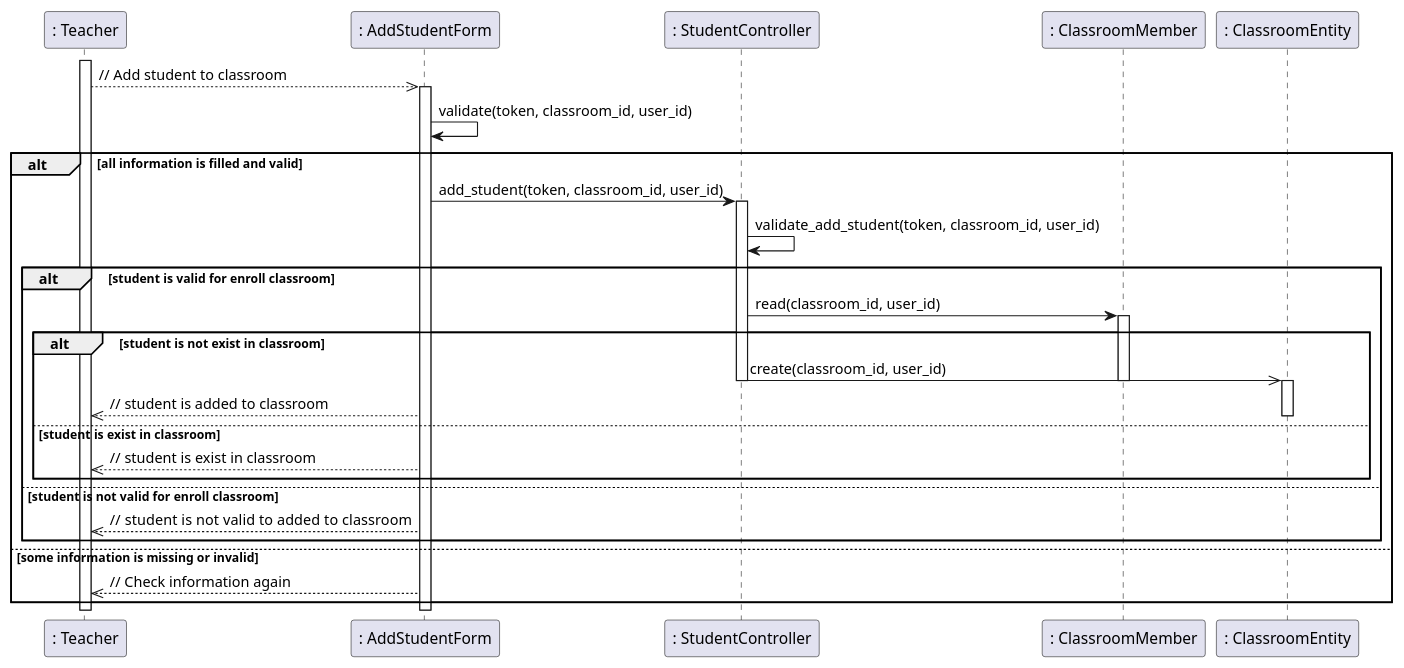
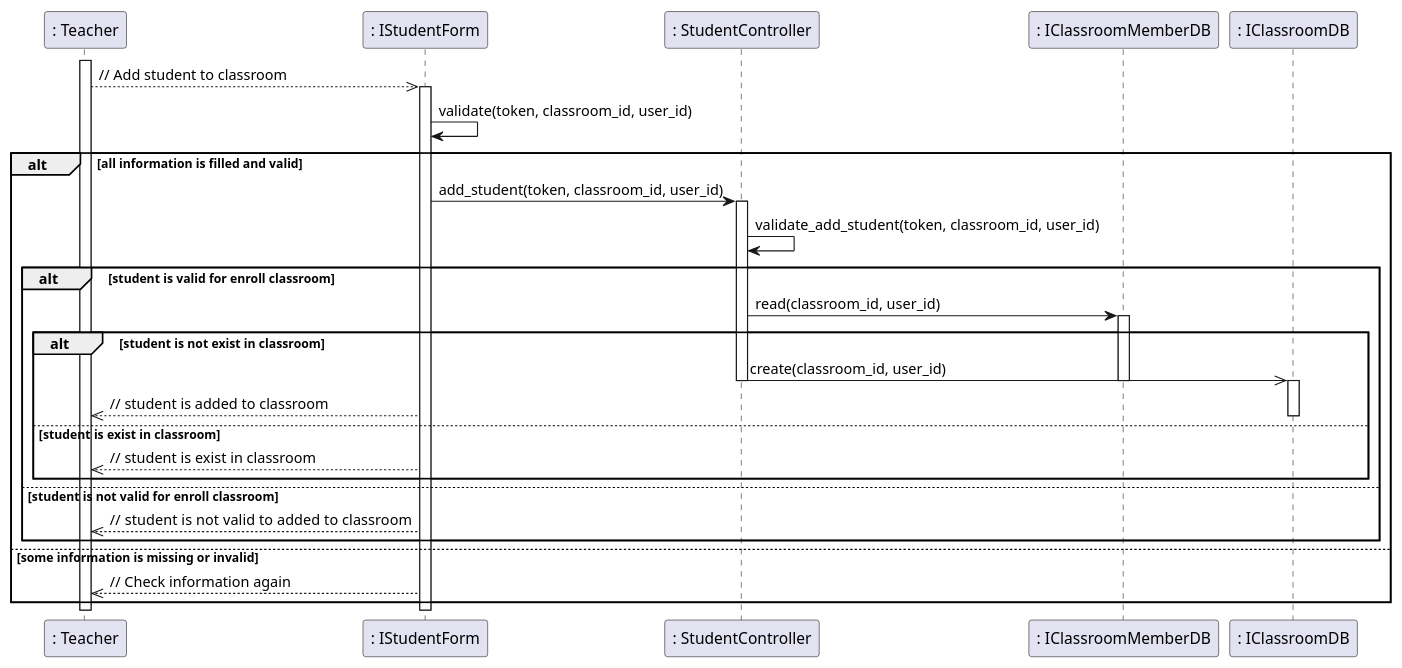
Before and after one commit to anonyhostvn/OOAD-Diagram: the diagram in sequence - design/student/addStudent.plantuml, drawn with PlantUML. The commit also changed 5 other files, not shown here.

```diff
--- a/sequence - design/student/addStudent.plantuml
+++ b/sequence - design/student/addStudent.plantuml
@@ -1,35 +1,35 @@
 @startuml addStudent
 
 activate ": Teacher"
-": Teacher" -->> ": AddStudentForm": // Add student to classroom
-activate ": AddStudentForm"
-": AddStudentForm" -> ": AddStudentForm": validate(token, classroom_id, user_id) 
+": Teacher" -->> ": IStudentForm": // Add student to classroom
+activate ": IStudentForm"
+": IStudentForm" -> ": IStudentForm": validate(token, classroom_id, user_id) 
 alt all information is filled and valid
-    ": AddStudentForm" -> ": StudentController": add_student(token, classroom_id, user_id)
+    ": IStudentForm" -> ": StudentController": add_student(token, classroom_id, user_id)
     activate ": StudentController"
     ": StudentController" -> ": StudentController": validate_add_student(token, classroom_id, user_id)
     alt student is valid for enroll classroom
-        ": StudentController" -> ": ClassroomMember": read(classroom_id, user_id)
-        activate ": ClassroomMember"
+        ": StudentController" -> ": IClassroomMemberDB": read(classroom_id, user_id)
+        activate ": IClassroomMemberDB"
         alt student is not exist in classroom
-            ": StudentController" ->> ": ClassroomEntity": create(classroom_id, user_id)
+            ": StudentController" ->> ": IClassroomDB": create(classroom_id, user_id)
             deactivate ": StudentController"
-            deactivate ": ClassroomMember"
-            activate ": ClassroomEntity"
-            ": AddStudentForm" -->> ": Teacher": // student is added to classroom
-            deactivate ": ClassroomEntity"
+            deactivate ": IClassroomMemberDB"
+            activate ": IClassroomDB"
+            ": IStudentForm" -->> ": Teacher": // student is added to classroom
+            deactivate ": IClassroomDB"
         else student is exist in classroom
-            ": AddStudentForm" -->> ": Teacher": // student is exist in classroom
+            ": IStudentForm" -->> ": Teacher": // student is exist in classroom
         end
 
     else student is not valid for enroll classroom
-        ": AddStudentForm" -->> ": Teacher":// student is not valid to  added to classroom
+        ": IStudentForm" -->> ": Teacher":// student is not valid to  added to classroom
     end
 else some information is missing or invalid
-   ": AddStudentForm" -->> ": Teacher": // Check information again 
+   ": IStudentForm" -->> ": Teacher": // Check information again 
 end
 
-deactivate ": AddStudentForm"
+deactivate ": IStudentForm"
 deactivate ": Teacher"
 
 @enduml
```
